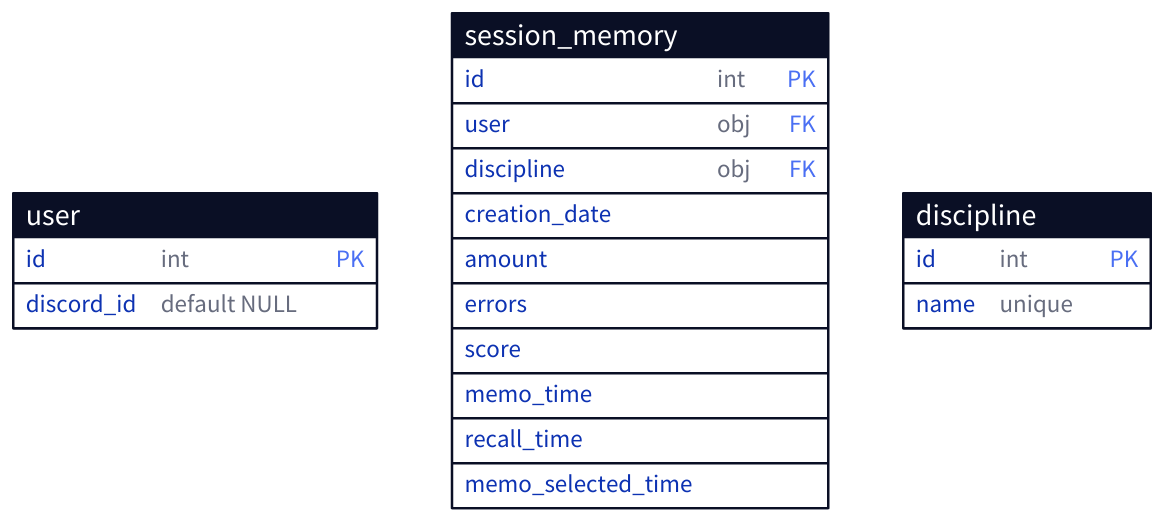
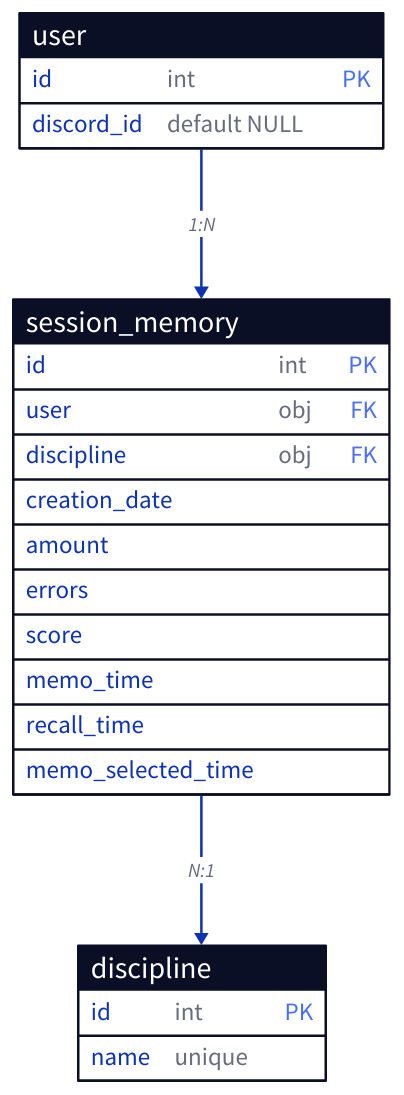
Before and after one commit to andersonmemory/Magil: the diagram in models.d2, drawn with D2. The commit also changed 2 other files, not shown here.

Commit message:
feat: add discipline and sessions with options

```diff
--- a/models.d2
+++ b/models.d2
@@ -1,25 +1,28 @@
 user: {
   shape: sql_table
   id: int {constraint: primary_key}
   discord_id: default NULL
 }
 
 session_memory: {
   shape: sql_table
   id: int {constraint: primary_key}
   user: obj {constraint: foreign_key}
   discipline: obj {constraint: foreign_key}
   creation_date
   amount
   errors
   score
   memo_time
   recall_time
   memo_selected_time
 }
 
 discipline: {
   shape: sql_table
   id: int {constraint: primary_key}
   name: unique
 }
+
+user.id -> session_memory.user: 1:N
+session_memory.discipline -> discipline.id: N:1
```
